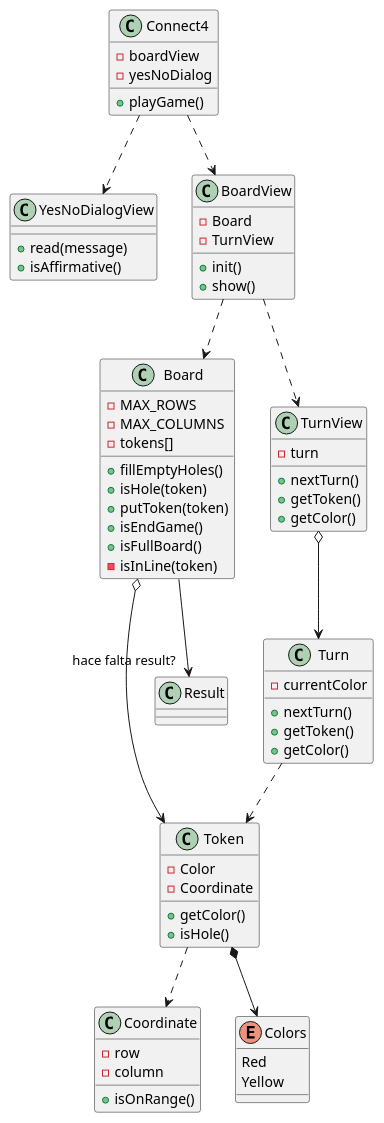
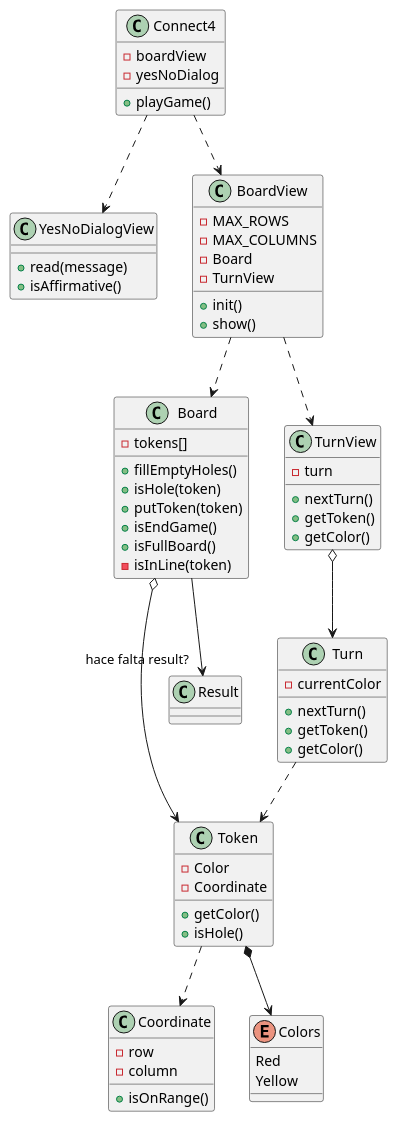
The diagram in UML/softwareModel.puml (jumpering/connect4), drawn with PlantUML before and after one commit. The commit also changed other lines of this file and 2 other files, not shown here.

```diff
--- a/UML/softwareModel.puml
+++ b/UML/softwareModel.puml
@@ -1,77 +1,77 @@
 @startuml
 
 class Connect4{
     - boardView
     - yesNoDialog
     + playGame()
 }
 class YesNoDialogView{
     + read(message)
     + isAffirmative()
 }
 class Board{
-    - MAX_ROWS
-    - MAX_COLUMNS
     - tokens[]
     + fillEmptyHoles()
     + isHole(token)
     + putToken(token)
     + isEndGame()
     + isFullBoard()
     - isInLine(token)
 }
 class BoardView{
+    - MAX_ROWS
+    - MAX_COLUMNS
     - Board
     - TurnView
     + init()
     + show()
 }
 class Coordinate{
     - row
     - column
     + isOnRange()
 }
 class Token{
     - Color
     - Coordinate
     + getColor()
     + isHole()
 }
 class TurnView{
     - turn
     + nextTurn()
     + getToken()
     + getColor()
 }
 
 class Turn{
     - currentColor
     + nextTurn()
     + getToken()
     + getColor()
     
 }
 
 class Result
 
 enum Colors{
 Red
 Yellow
 }
 
 Connect4 ..> BoardView
 Connect4 ..> YesNoDialogView
 
 BoardView ..> Board
 BoardView ..> TurnView
 TurnView o--> Turn
 Board --> "hace falta result?" Result
 
 Board o--> Token
 
 Turn ..> Token
 
 
 Token *--> Colors
 Token ..> Coordinate
 @enduml
```
